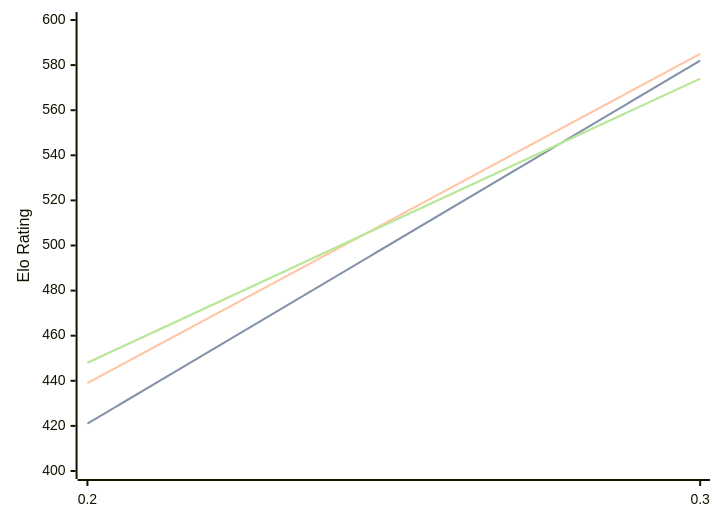
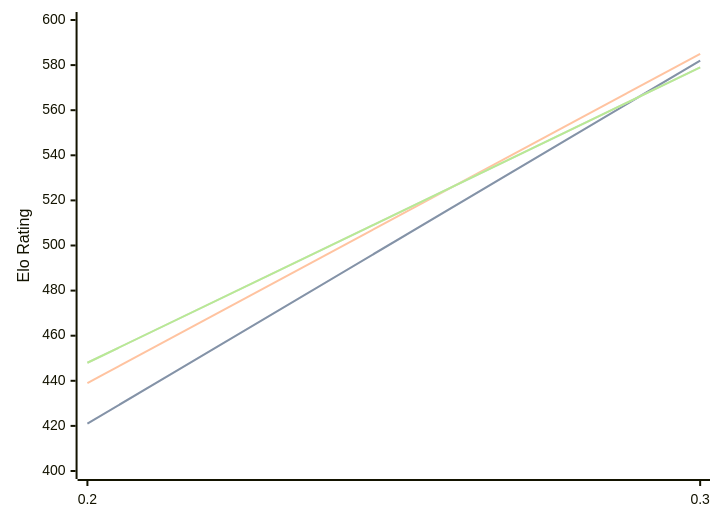
The diagram in engines/Magpie.md (computer-chess-index/cci), drawn with Mermaid before and after one commit. The commit also changed other lines of this file, not shown here.

Commit message:
Update CCI Ratings (ELO VLTC) - 2026-10-08

````diff
--- a/engines/Magpie.md
+++ b/engines/Magpie.md
@@ -32,11 +32,11 @@
 ```mermaid
 %%{init: {"theme":"base","themeVariables":{"seriesColors:['#a3a3a3','#222221','#faa371']}}}%%
 xychart-beta
   x-axis ["0.2", "0.3"]
   y-axis "Elo Rating" 400 --> 600
   line "" [421, 582]
   line "STC (8.0+0.08s)" [421, 582]
   line "LTC (60.0+0.60s)" [439, 585]
-  line "" [448, 574]
-  line "VLTC (2m24s+1.12s)" [448, 574]
+  line "" [448, 579]
+  line "VLTC (2m24s+1.12s)" [448, 579]
 ```
````
